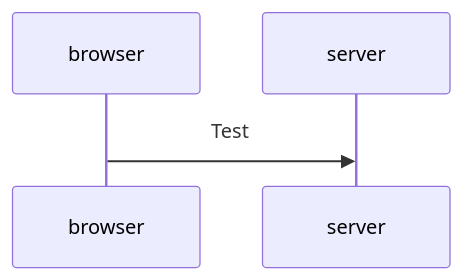
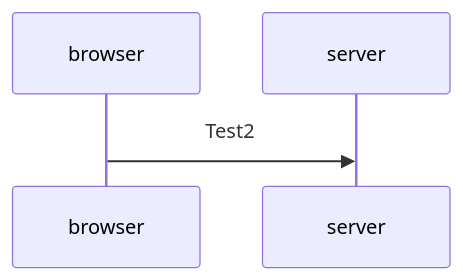
One commit to suunturi/fullstack_c changed the diagram in part0/diagram04.md. Above: the diagram before and after it, drawn with Mermaid.

Commit message:
test 2 diagram

````diff
--- a/part0/diagram04.md
+++ b/part0/diagram04.md
@@ -1,8 +1,8 @@
 ```mermaid
 
 sequenceDiagram
     participant browser
     participant server
 
-    browser->>server: Test
+    browser->>server: Test2
 ```
````
